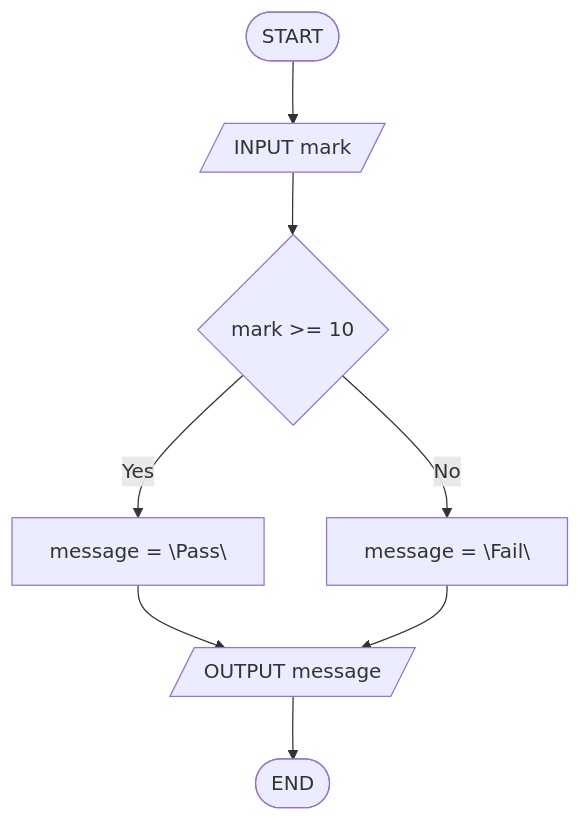
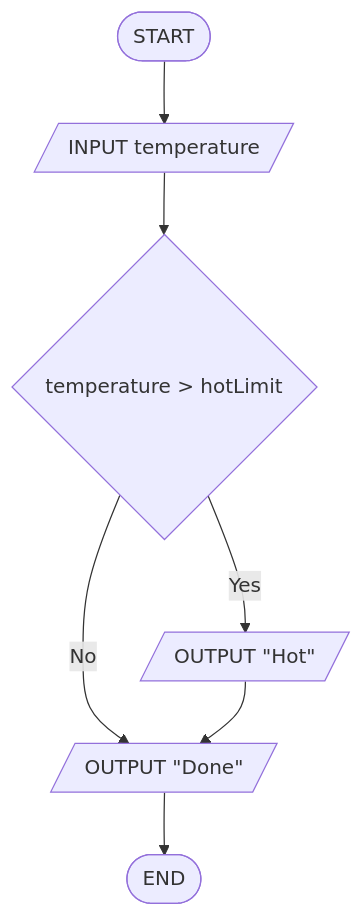
The first of 5 diagrams in docs/seances/02/exercices_seance_02.md (ISIBrussels/methodo-algo), drawn with Mermaid before and after one commit. The commit also changed other lines of this file and 1 other file, not shown here.

````diff
--- a/docs/seances/02/exercices_seance_02.md
+++ b/docs/seances/02/exercices_seance_02.md
@@ -51,10 +53,9 @@
 ```mermaid
 flowchart TB
-  A([START]) --> B[/INPUT mark/]
-  B --> C{mark >= 10}
-  C -->|Yes| D["message = \"Pass\""]
-  C -->|No| E["message = \"Fail\""]
-  D --> F[/OUTPUT message/]
-  E --> F
-  F --> G([END])
+  A([START]) --> B[/INPUT temperature/]
+  B --> C{temperature > hotLimit}
+  C -->|Yes| D[/OUTPUT "Hot"/]
+  C -->|No| E[/OUTPUT "Done"/]
+  D --> E
+  E --> F([END])
 ```
````
